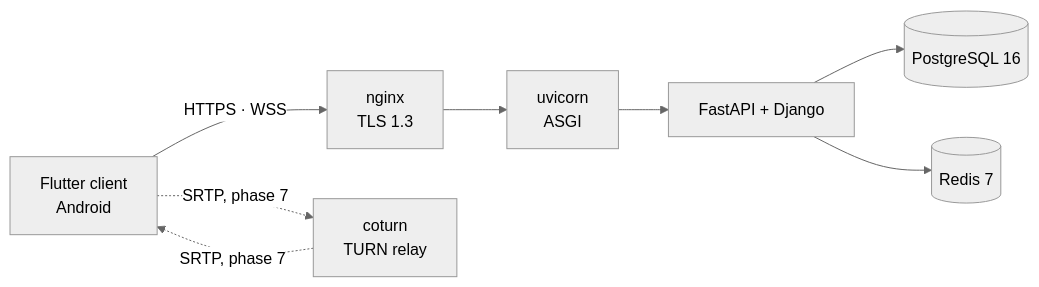
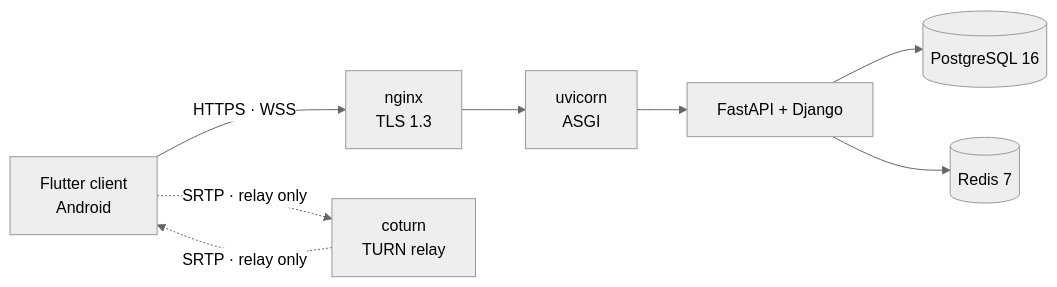
Before and after one commit to n-shadloo/communication-platform: the diagram in README.md, drawn with Mermaid (neutral theme). The commit also changed other lines of this file and 10 other files, not shown here.

````diff
--- a/README.md
+++ b/README.md
@@ -59,18 +61,18 @@
 ```mermaid
 flowchart LR
   C["Flutter client<br/>Android"]
   N["nginx<br/>TLS 1.3"]
   D["uvicorn<br/>ASGI"]
   A["FastAPI + Django"]
   P[("PostgreSQL 16")]
   R[("Redis 7")]
   T["coturn<br/>TURN relay"]
 
   C -->|"HTTPS · WSS"| N
   N --> D
   D --> A
   A --> P
   A --> R
-  C -.->|"SRTP, phase 7"| T
-  T -.->|"SRTP, phase 7"| C
+  C -.->|"SRTP · relay only"| T
+  T -.->|"SRTP · relay only"| C
 ```
````
